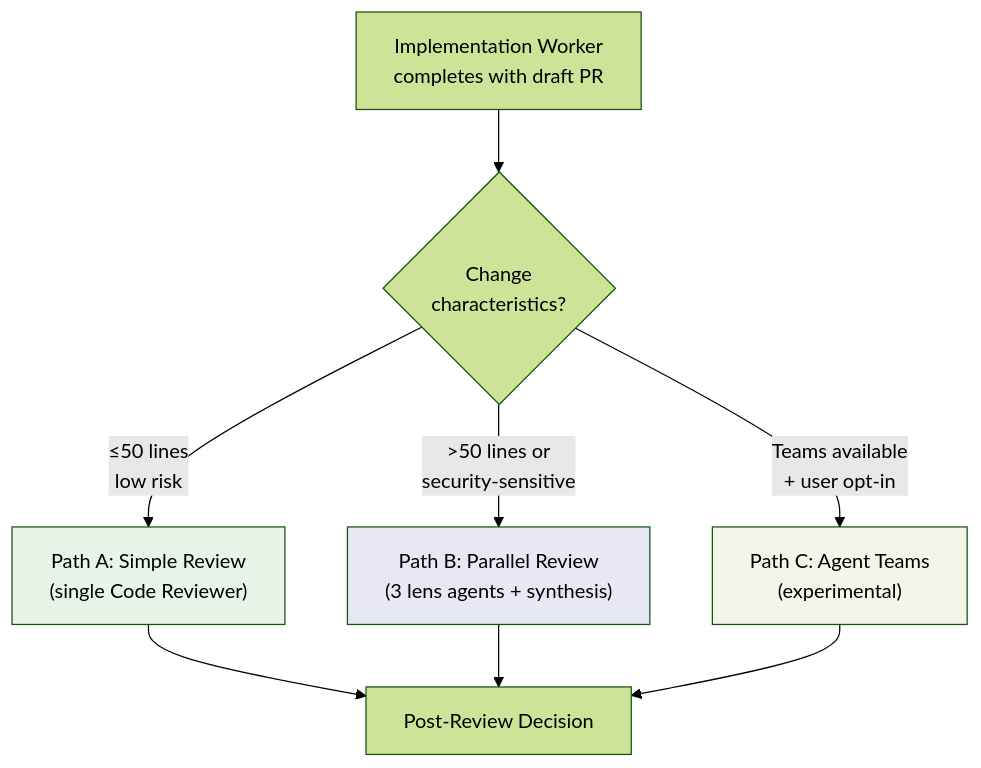
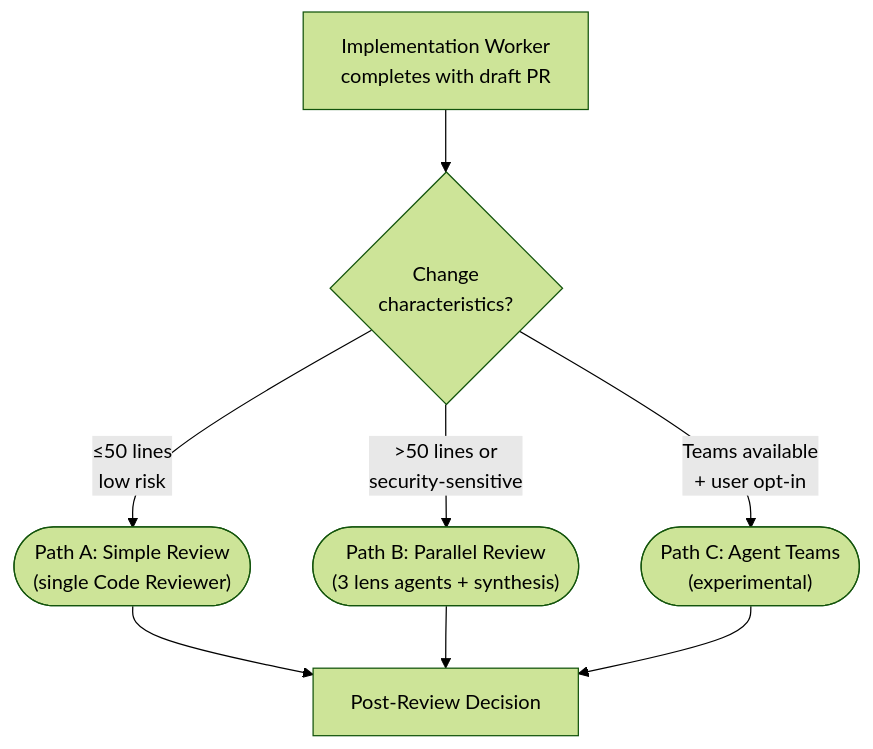
The fourth of 6 diagrams in docs/implementation-workflow.md (flox/forge-plugin), drawn with Mermaid (forest theme) before and after one commit. The commit also changed other lines of this file and 3 other files, not shown here.

First line of the commit message:
fix(docs): replace background fills with distinct shapes in mermaid diagrams

````diff
--- a/docs/implementation-workflow.md
+++ b/docs/implementation-workflow.md
@@ -133,17 +127,13 @@
 ```mermaid
 flowchart TB
     W["Implementation Worker<br/>completes with draft PR"]
     W --> D{"Change<br/>characteristics?"}
 
-    D -- "≤50 lines<br/>low risk" --> A["Path A: Simple Review<br/>(single Code Reviewer)"]
-    D -- ">50 lines or<br/>security-sensitive" --> B["Path B: Parallel Review<br/>(3 lens agents + synthesis)"]
-    D -- "Teams available<br/>+ user opt-in" --> C["Path C: Agent Teams<br/>(experimental)"]
+    D -- "≤50 lines<br/>low risk" --> A(["Path A: Simple Review<br/>(single Code Reviewer)"])
+    D -- ">50 lines or<br/>security-sensitive" --> B(["Path B: Parallel Review<br/>(3 lens agents + synthesis)"])
+    D -- "Teams available<br/>+ user opt-in" --> C(["Path C: Agent Teams<br/>(experimental)"])
 
     A --> POST["Post-Review Decision"]
     B --> POST
     C --> POST
-
-    style A fill:#e8f4e8
-    style B fill:#e8e8f4
-    style C fill:#f4f4e8
 ```
````
